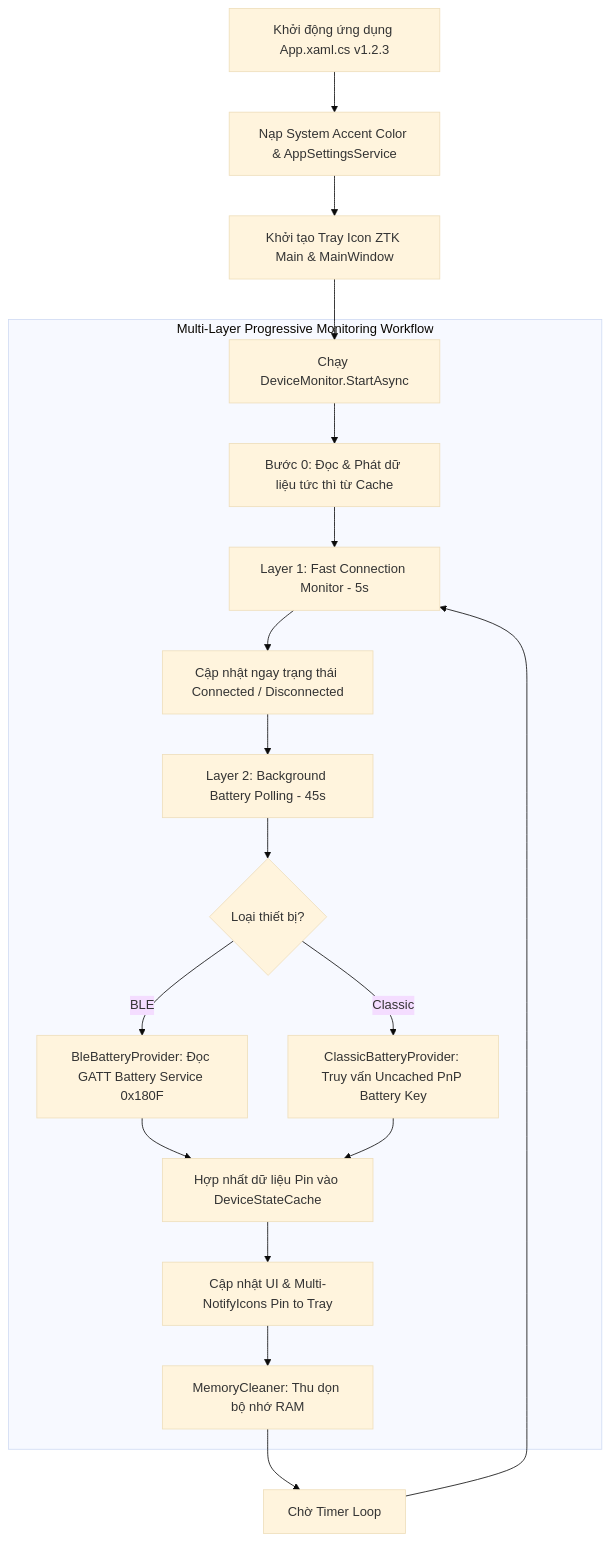
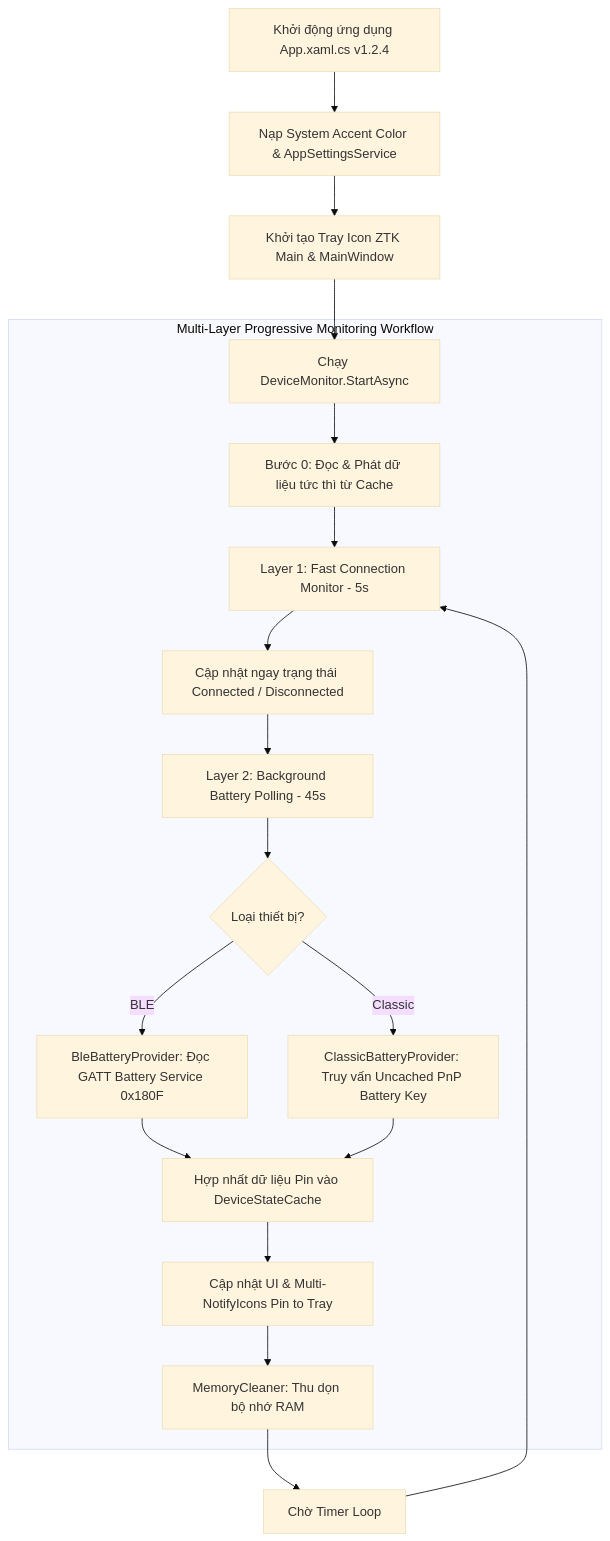
The diagram in PROJECT_OVERVIEW.md (LyTinh1106/WirelessBatteryLevel), drawn with Mermaid (base theme) before and after one commit. The commit also changed other lines of this file and 10 other files, not shown here.

````diff
--- a/PROJECT_OVERVIEW.md
+++ b/PROJECT_OVERVIEW.md
@@ -17,25 +17,25 @@
 ```mermaid
 flowchart TD
-    A[Khởi động ứng dụng App.xaml.cs v1.2.3] --> B[Nạp System Accent Color & AppSettingsService]
+    A[Khởi động ứng dụng App.xaml.cs v1.2.4] --> B[Nạp System Accent Color & AppSettingsService]
     B --> C[Khởi tạo Tray Icon ZTK Main & MainWindow]
     C --> D[Chạy DeviceMonitor.StartAsync]
     
     subgraph Multi-Layer Progressive Monitoring Workflow
         D --> E[Bước 0: Đọc & Phát dữ liệu tức thì từ Cache]
         E --> F[Layer 1: Fast Connection Monitor - 5s]
         F --> G[Cập nhật ngay trạng thái Connected / Disconnected]
         G --> H[Layer 2: Background Battery Polling - 45s]
         
         H --> I{Loại thiết bị?}
         I -- BLE --> J[BleBatteryProvider: Đọc GATT Battery Service 0x180F]
         I -- Classic --> K[ClassicBatteryProvider: Truy vấn Uncached PnP Battery Key]
         
         J --> L[Hợp nhất dữ liệu Pin vào DeviceStateCache]
         K --> L
         L --> M[Cập nhật UI & Multi-NotifyIcons Pin to Tray]
         M --> N[MemoryCleaner: Thu dọn bộ nhớ RAM]
     end
 
     N --> O[Chờ Timer Loop]
     O --> F
 ```
````
